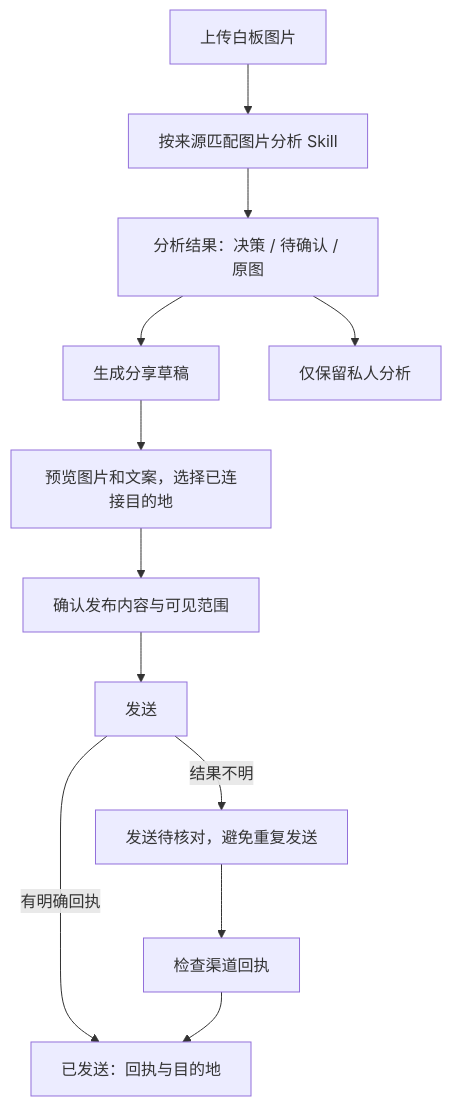
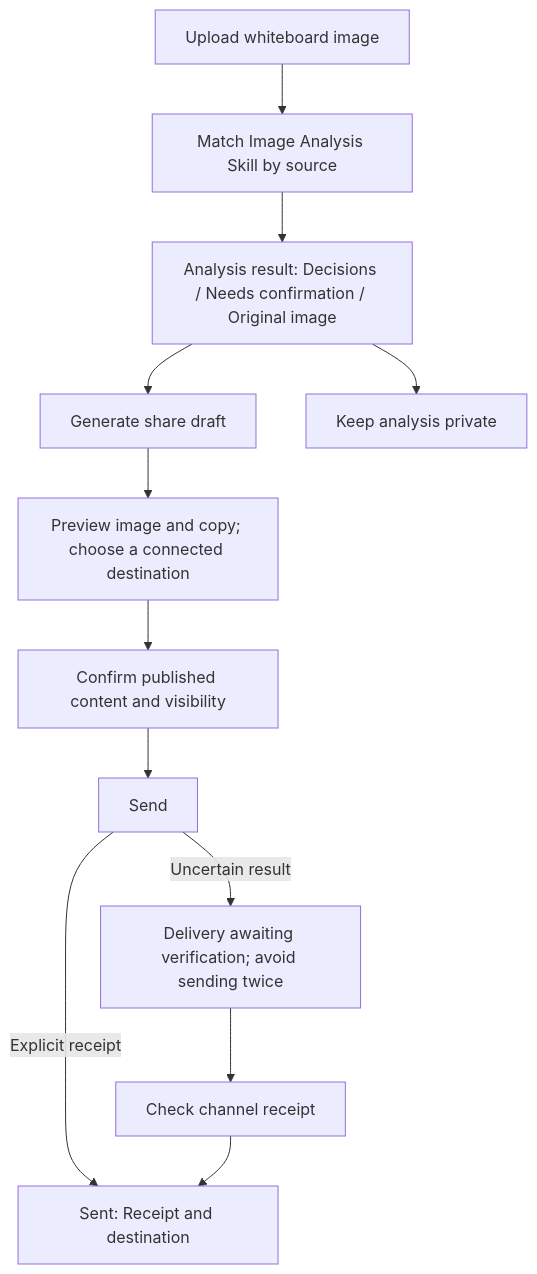
One commit to flyfy1/event-driven-context changed the seventh of 7 diagrams in docs/ux-flows.md. Above: the diagram before and after it, drawn with Mermaid. The commit also changed other lines of this file and 13 other files, not shown here.

```diff
--- a/docs/ux-flows.md
+++ b/docs/ux-flows.md
@@ -191,14 +193,14 @@
 ~~~mermaid
 flowchart TD
-    A["上传白板图片"] --> B["按来源匹配图片分析 Skill"]
-    B --> C["分析结果：决策 / 待确认 / 原图"]
-    C --> D["生成分享草稿"]
-    D --> E["预览图片和文案，选择已连接目的地"]
-    E --> F["确认发布内容与可见范围"]
-    F --> G["发送"]
-    G -->|有明确回执| H["已发送：回执与目的地"]
-    G -->|结果不明| I["发送待核对，避免重复发送"]
-    I --> J["检查渠道回执"]
+    A["Upload whiteboard image"] --> B["Match Image Analysis Skill by source"]
+    B --> C["Analysis result: Decisions / Needs confirmation / Original image"]
+    C --> D["Generate share draft"]
+    D --> E["Preview image and copy; choose a connected destination"]
+    E --> F["Confirm published content and visibility"]
+    F --> G["Send"]
+    G -->|Explicit receipt| H["Sent: Receipt and destination"]
+    G -->|Uncertain result| I["Delivery awaiting verification; avoid sending twice"]
+    I --> J["Check channel receipt"]
     J --> H
-    C --> K["仅保留私人分析"]
+    C --> K["Keep analysis private"]
 ~~~
```
